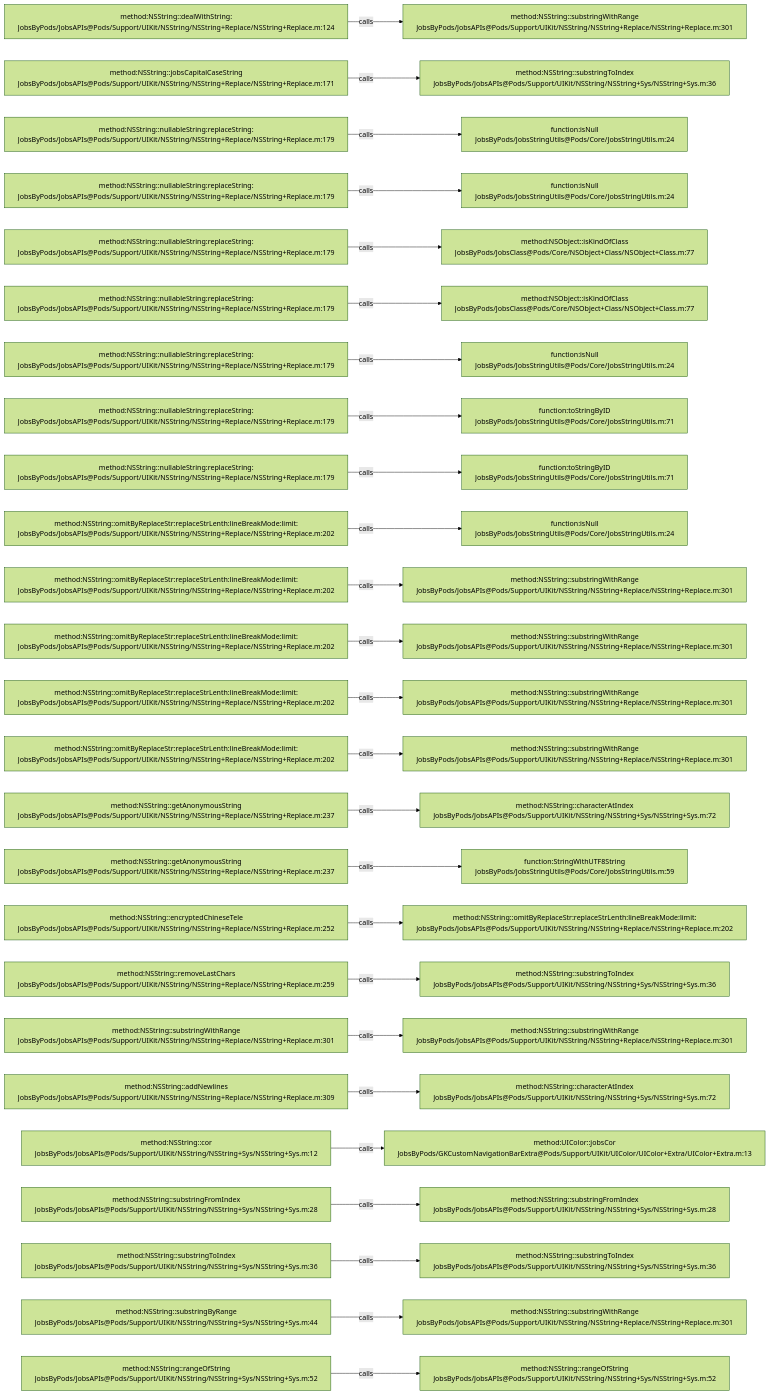
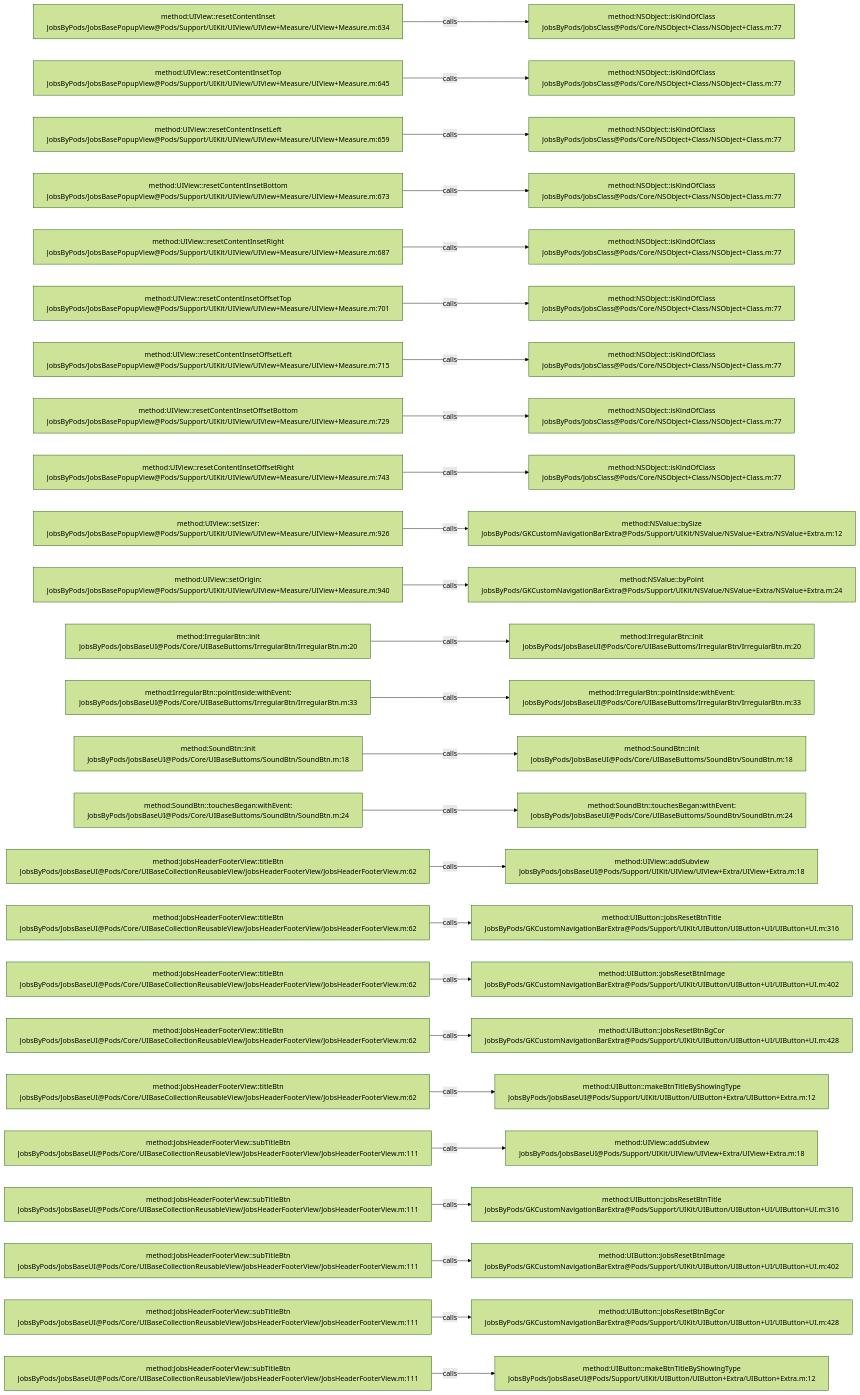
The diagram in .codegraph/codegraph.md/graphs/calls-014.md (JobsKits/JobsOCBaseConfigDemo), drawn with Mermaid (forest theme) before and after one commit. The commit also changed 573 other files, not shown here.

````diff
--- a/.codegraph/codegraph.md/graphs/calls-014.md
+++ b/.codegraph/codegraph.md/graphs/calls-014.md
@@ -13,78 +13,78 @@
 ```mermaid
 flowchart LR
-  S1["method:NSString::dealWithString:<br/>JobsByPods/JobsAPIs@Pods/Support/UIKit/NSString/NSString+Replace/NSString+Replace.m:124"]
-  T1["method:NSString::substringWithRange<br/>JobsByPods/JobsAPIs@Pods/Support/UIKit/NSString/NSString+Replace/NSString+Replace.m:301"]
+  S1["method:UIView::resetContentInset<br/>JobsByPods/JobsBasePopupView@Pods/Support/UIKit/UIView/UIView+Measure/UIView+Measure.m:634"]
+  T1["method:NSObject::isKindOfClass<br/>JobsByPods/JobsClass@Pods/Core/NSObject+Class/NSObject+Class.m:77"]
   S1 -->|calls| T1
-  S2["method:NSString::jobsCapitalCaseString<br/>JobsByPods/JobsAPIs@Pods/Support/UIKit/NSString/NSString+Replace/NSString+Replace.m:171"]
-  T2["method:NSString::substringToIndex<br/>JobsByPods/JobsAPIs@Pods/Support/UIKit/NSString/NSString+Sys/NSString+Sys.m:36"]
+  S2["method:UIView::resetContentInsetTop<br/>JobsByPods/JobsBasePopupView@Pods/Support/UIKit/UIView/UIView+Measure/UIView+Measure.m:645"]
+  T2["method:NSObject::isKindOfClass<br/>JobsByPods/JobsClass@Pods/Core/NSObject+Class/NSObject+Class.m:77"]
   S2 -->|calls| T2
-  S3["method:NSString::nullableString:replaceString:<br/>JobsByPods/JobsAPIs@Pods/Support/UIKit/NSString/NSString+Replace/NSString+Replace.m:179"]
-  T3["function:isNull<br/>JobsByPods/JobsStringUtils@Pods/Core/JobsStringUtils.m:24"]
+  S3["method:UIView::resetContentInsetLeft<br/>JobsByPods/JobsBasePopupView@Pods/Support/UIKit/UIView/UIView+Measure/UIView+Measure.m:659"]
+  T3["method:NSObject::isKindOfClass<br/>JobsByPods/JobsClass@Pods/Core/NSObject+Class/NSObject+Class.m:77"]
   S3 -->|calls| T3
-  S4["method:NSString::nullableString:replaceString:<br/>JobsByPods/JobsAPIs@Pods/Support/UIKit/NSString/NSString+Replace/NSString+Replace.m:179"]
-  T4["function:isNull<br/>JobsByPods/JobsStringUtils@Pods/Core/JobsStringUtils.m:24"]
+  S4["method:UIView::resetContentInsetBottom<br/>JobsByPods/JobsBasePopupView@Pods/Support/UIKit/UIView/UIView+Measure/UIView+Measure.m:673"]
+  T4["method:NSObject::isKindOfClass<br/>JobsByPods/JobsClass@Pods/Core/NSObject+Class/NSObject+Class.m:77"]
   S4 -->|calls| T4
-  S5["method:NSString::nullableString:replaceString:<br/>JobsByPods/JobsAPIs@Pods/Support/UIKit/NSString/NSString+Replace/NSString+Replace.m:179"]
+  S5["method:UIView::resetContentInsetRight<br/>JobsByPods/JobsBasePopupView@Pods/Support/UIKit/UIView/UIView+Measure/UIView+Measure.m:687"]
   T5["method:NSObject::isKindOfClass<br/>JobsByPods/JobsClass@Pods/Core/NSObject+Class/NSObject+Class.m:77"]
   S5 -->|calls| T5
-  S6["method:NSString::nullableString:replaceString:<br/>JobsByPods/JobsAPIs@Pods/Support/UIKit/NSString/NSString+Replace/NSString+Replace.m:179"]
+  S6["method:UIView::resetContentInsetOffsetTop<br/>JobsByPods/JobsBasePopupView@Pods/Support/UIKit/UIView/UIView+Measure/UIView+Measure.m:701"]
   T6["method:NSObject::isKindOfClass<br/>JobsByPods/JobsClass@Pods/Core/NSObject+Class/NSObject+Class.m:77"]
   S6 -->|calls| T6
-  S7["method:NSString::nullableString:replaceString:<br/>JobsByPods/JobsAPIs@Pods/Support/UIKit/NSString/NSString+Replace/NSString+Replace.m:179"]
-  T7["function:isNull<br/>JobsByPods/JobsStringUtils@Pods/Core/JobsStringUtils.m:24"]
+  S7["method:UIView::resetContentInsetOffsetLeft<br/>JobsByPods/JobsBasePopupView@Pods/Support/UIKit/UIView/UIView+Measure/UIView+Measure.m:715"]
+  T7["method:NSObject::isKindOfClass<br/>JobsByPods/JobsClass@Pods/Core/NSObject+Class/NSObject+Class.m:77"]
   S7 -->|calls| T7
-  S8["method:NSString::nullableString:replaceString:<br/>JobsByPods/JobsAPIs@Pods/Support/UIKit/NSString/NSString+Replace/NSString+Replace.m:179"]
-  T8["function:toStringByID<br/>JobsByPods/JobsStringUtils@Pods/Core/JobsStringUtils.m:71"]
+  S8["method:UIView::resetContentInsetOffsetBottom<br/>JobsByPods/JobsBasePopupView@Pods/Support/UIKit/UIView/UIView+Measure/UIView+Measure.m:729"]
+  T8["method:NSObject::isKindOfClass<br/>JobsByPods/JobsClass@Pods/Core/NSObject+Class/NSObject+Class.m:77"]
   S8 -->|calls| T8
-  S9["method:NSString::nullableString:replaceString:<br/>JobsByPods/JobsAPIs@Pods/Support/UIKit/NSString/NSString+Replace/NSString+Replace.m:179"]
-  T9["function:toStringByID<br/>JobsByPods/JobsStringUtils@Pods/Core/JobsStringUtils.m:71"]
+  S9["method:UIView::resetContentInsetOffsetRight<br/>JobsByPods/JobsBasePopupView@Pods/Support/UIKit/UIView/UIView+Measure/UIView+Measure.m:743"]
+  T9["method:NSObject::isKindOfClass<br/>JobsByPods/JobsClass@Pods/Core/NSObject+Class/NSObject+Class.m:77"]
   S9 -->|calls| T9
-  S10["method:NSString::omitByReplaceStr:replaceStrLenth:lineBreakMode:limit:<br/>JobsByPods/JobsAPIs@Pods/Support/UIKit/NSString/NSString+Replace/NSString+Replace.m:202"]
-  T10["function:isNull<br/>JobsByPods/JobsStringUtils@Pods/Core/JobsStringUtils.m:24"]
+  S10["method:UIView::setSizer:<br/>JobsByPods/JobsBasePopupView@Pods/Support/UIKit/UIView/UIView+Measure/UIView+Measure.m:926"]
+  T10["method:NSValue::bySize<br/>JobsByPods/GKCustomNavigationBarExtra@Pods/Support/UIKit/NSValue/NSValue+Extra/NSValue+Extra.m:12"]
   S10 -->|calls| T10
-  S11["method:NSString::omitByReplaceStr:replaceStrLenth:lineBreakMode:limit:<br/>JobsByPods/JobsAPIs@Pods/Support/UIKit/NSString/NSString+Replace/NSString+Replace.m:202"]
-  T11["method:NSString::substringWithRange<br/>JobsByPods/JobsAPIs@Pods/Support/UIKit/NSString/NSString+Replace/NSString+Replace.m:301"]
+  S11["method:UIView::setOrigin:<br/>JobsByPods/JobsBasePopupView@Pods/Support/UIKit/UIView/UIView+Measure/UIView+Measure.m:940"]
+  T11["method:NSValue::byPoint<br/>JobsByPods/GKCustomNavigationBarExtra@Pods/Support/UIKit/NSValue/NSValue+Extra/NSValue+Extra.m:24"]
   S11 -->|calls| T11
-  S12["method:NSString::omitByReplaceStr:replaceStrLenth:lineBreakMode:limit:<br/>JobsByPods/JobsAPIs@Pods/Support/UIKit/NSString/NSString+Replace/NSString+Replace.m:202"]
-  T12["method:NSString::substringWithRange<br/>JobsByPods/JobsAPIs@Pods/Support/UIKit/NSString/NSString+Replace/NSString+Replace.m:301"]
+  S12["method:IrregularBtn::init<br/>JobsByPods/JobsBaseUI@Pods/Core/UIBaseButtoms/IrregularBtn/IrregularBtn.m:20"]
+  T12["method:IrregularBtn::init<br/>JobsByPods/JobsBaseUI@Pods/Core/UIBaseButtoms/IrregularBtn/IrregularBtn.m:20"]
   S12 -->|calls| T12
-  S13["method:NSString::omitByReplaceStr:replaceStrLenth:lineBreakMode:limit:<br/>JobsByPods/JobsAPIs@Pods/Support/UIKit/NSString/NSString+Replace/NSString+Replace.m:202"]
-  T13["method:NSString::substringWithRange<br/>JobsByPods/JobsAPIs@Pods/Support/UIKit/NSString/NSString+Replace/NSString+Replace.m:301"]
+  S13["method:IrregularBtn::pointInside:withEvent:<br/>JobsByPods/JobsBaseUI@Pods/Core/UIBaseButtoms/IrregularBtn/IrregularBtn.m:33"]
+  T13["method:IrregularBtn::pointInside:withEvent:<br/>JobsByPods/JobsBaseUI@Pods/Core/UIBaseButtoms/IrregularBtn/IrregularBtn.m:33"]
   S13 -->|calls| T13
-  S14["method:NSString::omitByReplaceStr:replaceStrLenth:lineBreakMode:limit:<br/>JobsByPods/JobsAPIs@Pods/Support/UIKit/NSString/NSString+Replace/NSString+Replace.m:202"]
-  T14["method:NSString::substringWithRange<br/>JobsByPods/JobsAPIs@Pods/Support/UIKit/NSString/NSString+Replace/NSString+Replace.m:301"]
+  S14["method:SoundBtn::init<br/>JobsByPods/JobsBaseUI@Pods/Core/UIBaseButtoms/SoundBtn/SoundBtn.m:18"]
+  T14["method:SoundBtn::init<br/>JobsByPods/JobsBaseUI@Pods/Core/UIBaseButtoms/SoundBtn/SoundBtn.m:18"]
   S14 -->|calls| T14
-  S15["method:NSString::getAnonymousString<br/>JobsByPods/JobsAPIs@Pods/Support/UIKit/NSString/NSString+Replace/NSString+Replace.m:237"]
-  T15["method:NSString::characterAtIndex<br/>JobsByPods/JobsAPIs@Pods/Support/UIKit/NSString/NSString+Sys/NSString+Sys.m:72"]
+  S15["method:SoundBtn::touchesBegan:withEvent:<br/>JobsByPods/JobsBaseUI@Pods/Core/UIBaseButtoms/SoundBtn/SoundBtn.m:24"]
+  T15["method:SoundBtn::touchesBegan:withEvent:<br/>JobsByPods/JobsBaseUI@Pods/Core/UIBaseButtoms/SoundBtn/SoundBtn.m:24"]
   S15 -->|calls| T15
-  S16["method:NSString::getAnonymousString<br/>JobsByPods/JobsAPIs@Pods/Support/UIKit/NSString/NSString+Replace/NSString+Replace.m:237"]
-  T16["function:StringWithUTF8String<br/>JobsByPods/JobsStringUtils@Pods/Core/JobsStringUtils.m:59"]
+  S16["method:JobsHeaderFooterView::titleBtn<br/>JobsByPods/JobsBaseUI@Pods/Core/UIBaseCollectionReusableView/JobsHeaderFooterView/JobsHeaderFooterView.m:62"]
+  T16["method:UIView::addSubview<br/>JobsByPods/JobsBaseUI@Pods/Support/UIKit/UIView/UIView+Extra/UIView+Extra.m:18"]
   S16 -->|calls| T16
-  S17["method:NSString::encryptedChineseTele<br/>JobsByPods/JobsAPIs@Pods/Support/UIKit/NSString/NSString+Replace/NSString+Replace.m:252"]
-  T17["method:NSString::omitByReplaceStr:replaceStrLenth:lineBreakMode:limit:<br/>JobsByPods/JobsAPIs@Pods/Support/UIKit/NSString/NSString+Replace/NSString+Replace.m:202"]
+  S17["method:JobsHeaderFooterView::titleBtn<br/>JobsByPods/JobsBaseUI@Pods/Core/UIBaseCollectionReusableView/JobsHeaderFooterView/JobsHeaderFooterView.m:62"]
+  T17["method:UIButton::jobsResetBtnTitle<br/>JobsByPods/GKCustomNavigationBarExtra@Pods/Support/UIKit/UIButton/UIButton+UI/UIButton+UI.m:316"]
   S17 -->|calls| T17
-  S18["method:NSString::removeLastChars<br/>JobsByPods/JobsAPIs@Pods/Support/UIKit/NSString/NSString+Replace/NSString+Replace.m:259"]
-  T18["method:NSString::substringToIndex<br/>JobsByPods/JobsAPIs@Pods/Support/UIKit/NSString/NSString+Sys/NSString+Sys.m:36"]
+  S18["method:JobsHeaderFooterView::titleBtn<br/>JobsByPods/JobsBaseUI@Pods/Core/UIBaseCollectionReusableView/JobsHeaderFooterView/JobsHeaderFooterView.m:62"]
+  T18["method:UIButton::jobsResetBtnImage<br/>JobsByPods/GKCustomNavigationBarExtra@Pods/Support/UIKit/UIButton/UIButton+UI/UIButton+UI.m:402"]
   S18 -->|calls| T18
-  S19["method:NSString::substringWithRange<br/>JobsByPods/JobsAPIs@Pods/Support/UIKit/NSString/NSString+Replace/NSString+Replace.m:301"]
-  T19["method:NSString::substringWithRange<br/>JobsByPods/JobsAPIs@Pods/Support/UIKit/NSString/NSString+Replace/NSString+Replace.m:301"]
+  S19["method:JobsHeaderFooterView::titleBtn<br/>JobsByPods/JobsBaseUI@Pods/Core/UIBaseCollectionReusableView/JobsHeaderFooterView/JobsHeaderFooterView.m:62"]
+  T19["method:UIButton::jobsResetBtnBgCor<br/>JobsByPods/GKCustomNavigationBarExtra@Pods/Support/UIKit/UIButton/UIButton+UI/UIButton+UI.m:428"]
   S19 -->|calls| T19
-  S20["method:NSString::addNewlines<br/>JobsByPods/JobsAPIs@Pods/Support/UIKit/NSString/NSString+Replace/NSString+Replace.m:309"]
-  T20["method:NSString::characterAtIndex<br/>JobsByPods/JobsAPIs@Pods/Support/UIKit/NSString/NSString+Sys/NSString+Sys.m:72"]
+  S20["method:JobsHeaderFooterView::titleBtn<br/>JobsByPods/JobsBaseUI@Pods/Core/UIBaseCollectionReusableView/JobsHeaderFooterView/JobsHeaderFooterView.m:62"]
+  T20["method:UIButton::makeBtnTitleByShowingType<br/>JobsByPods/JobsBaseUI@Pods/Support/UIKit/UIButton/UIButton+Extra/UIButton+Extra.m:12"]
   S20 -->|calls| T20
-  S21["method:NSString::cor<br/>JobsByPods/JobsAPIs@Pods/Support/UIKit/NSString/NSString+Sys/NSString+Sys.m:12"]
-  T21["method:UIColor::jobsCor<br/>JobsByPods/GKCustomNavigationBarExtra@Pods/Support/UIKit/UIColor/UIColor+Extra/UIColor+Extra.m:13"]
+  S21["method:JobsHeaderFooterView::subTitleBtn<br/>JobsByPods/JobsBaseUI@Pods/Core/UIBaseCollectionReusableView/JobsHeaderFooterView/JobsHeaderFooterView.m:111"]
+  T21["method:UIView::addSubview<br/>JobsByPods/JobsBaseUI@Pods/Support/UIKit/UIView/UIView+Extra/UIView+Extra.m:18"]
   S21 -->|calls| T21
-  S22["method:NSString::substringFromIndex<br/>JobsByPods/JobsAPIs@Pods/Support/UIKit/NSString/NSString+Sys/NSString+Sys.m:28"]
-  T22["method:NSString::substringFromIndex<br/>JobsByPods/JobsAPIs@Pods/Support/UIKit/NSString/NSString+Sys/NSString+Sys.m:28"]
+  S22["method:JobsHeaderFooterView::subTitleBtn<br/>JobsByPods/JobsBaseUI@Pods/Core/UIBaseCollectionReusableView/JobsHeaderFooterView/JobsHeaderFooterView.m:111"]
+  T22["method:UIButton::jobsResetBtnTitle<br/>JobsByPods/GKCustomNavigationBarExtra@Pods/Support/UIKit/UIButton/UIButton+UI/UIButton+UI.m:316"]
   S22 -->|calls| T22
-  S23["method:NSString::substringToIndex<br/>JobsByPods/JobsAPIs@Pods/Support/UIKit/NSString/NSString+Sys/NSString+Sys.m:36"]
-  T23["method:NSString::substringToIndex<br/>JobsByPods/JobsAPIs@Pods/Support/UIKit/NSString/NSString+Sys/NSString+Sys.m:36"]
+  S23["method:JobsHeaderFooterView::subTitleBtn<br/>JobsByPods/JobsBaseUI@Pods/Core/UIBaseCollectionReusableView/JobsHeaderFooterView/JobsHeaderFooterView.m:111"]
+  T23["method:UIButton::jobsResetBtnImage<br/>JobsByPods/GKCustomNavigationBarExtra@Pods/Support/UIKit/UIButton/UIButton+UI/UIButton+UI.m:402"]
   S23 -->|calls| T23
-  S24["method:NSString::substringByRange<br/>JobsByPods/JobsAPIs@Pods/Support/UIKit/NSString/NSString+Sys/NSString+Sys.m:44"]
-  T24["method:NSString::substringWithRange<br/>JobsByPods/JobsAPIs@Pods/Support/UIKit/NSString/NSString+Replace/NSString+Replace.m:301"]
+  S24["method:JobsHeaderFooterView::subTitleBtn<br/>JobsByPods/JobsBaseUI@Pods/Core/UIBaseCollectionReusableView/JobsHeaderFooterView/JobsHeaderFooterView.m:111"]
+  T24["method:UIButton::jobsResetBtnBgCor<br/>JobsByPods/GKCustomNavigationBarExtra@Pods/Support/UIKit/UIButton/UIButton+UI/UIButton+UI.m:428"]
   S24 -->|calls| T24
-  S25["method:NSString::rangeOfString<br/>JobsByPods/JobsAPIs@Pods/Support/UIKit/NSString/NSString+Sys/NSString+Sys.m:52"]
-  T25["method:NSString::rangeOfString<br/>JobsByPods/JobsAPIs@Pods/Support/UIKit/NSString/NSString+Sys/NSString+Sys.m:52"]
+  S25["method:JobsHeaderFooterView::subTitleBtn<br/>JobsByPods/JobsBaseUI@Pods/Core/UIBaseCollectionReusableView/JobsHeaderFooterView/JobsHeaderFooterView.m:111"]
+  T25["method:UIButton::makeBtnTitleByShowingType<br/>JobsByPods/JobsBaseUI@Pods/Support/UIKit/UIButton/UIButton+Extra/UIButton+Extra.m:12"]
   S25 -->|calls| T25
 ```
````
